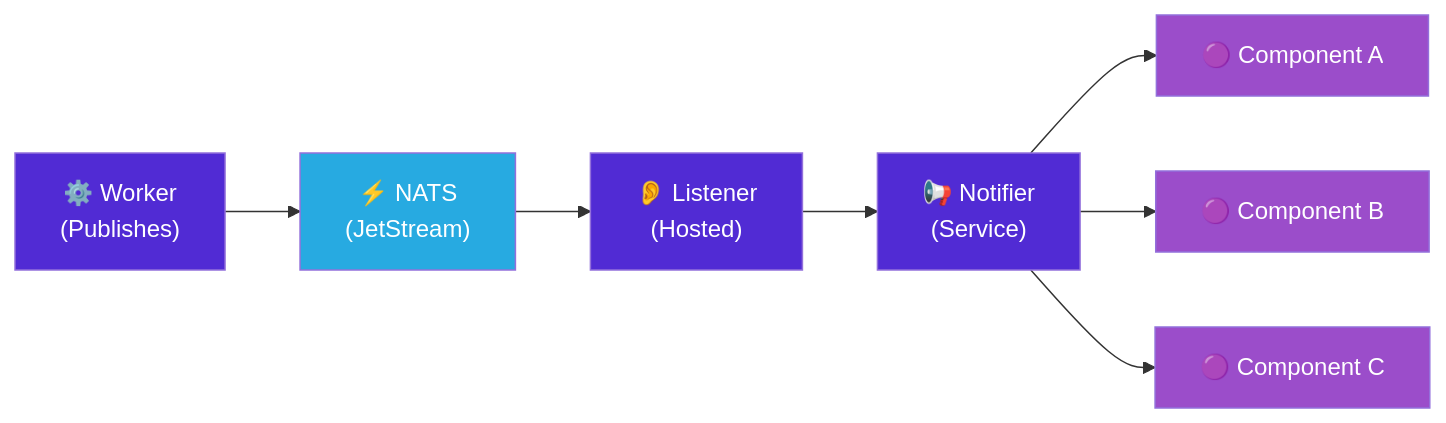
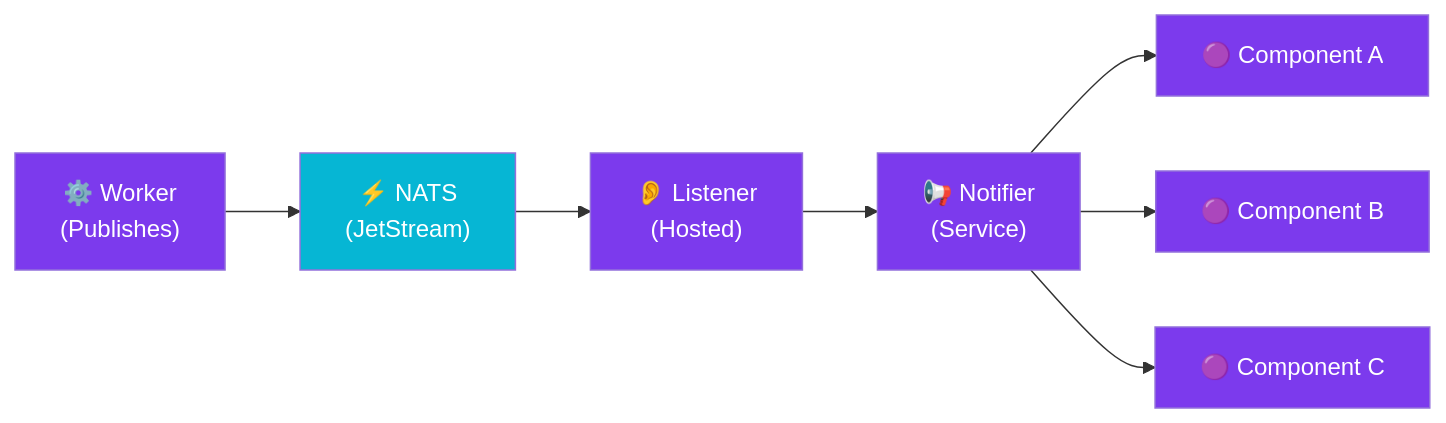
Before and after one commit to viktorrobin/bluerobin-blog: the diagram in src/content/blog/blazor-real-time-nats-updates.mdx, drawn with Mermaid. The commit also changed other lines of this file and 127 other files, not shown here.

````diff
--- a/src/content/blog/blazor-real-time-nats-updates.mdx
+++ b/src/content/blog/blazor-real-time-nats-updates.mdx
@@ -47,17 +47,17 @@
 ```mermaid
 flowchart LR
     Worker["⚙️ Worker\n(Publishes)"] --> NATS["⚡ NATS\n(JetStream)"]
     NATS --> Listener["👂 Listener\n(Hosted)"]
     Listener --> Notifier["📢 Notifier\n(Service)"]
     Notifier --> CompA["🟣 Component A"]
     Notifier --> CompB["🟣 Component B"]
     Notifier --> CompC["🟣 Component C"]
 
-    style Worker fill:#512bd4,color:#fff
-    style NATS fill:#27aae1,color:#fff
-    style Listener fill:#512bd4,color:#fff
-    style Notifier fill:#512bd4,color:#fff
-    style CompA fill:#9b4dca,color:#fff
-    style CompB fill:#9b4dca,color:#fff
-    style CompC fill:#9b4dca,color:#fff
+    classDef primary fill:#7c3aed,color:#fff
+    classDef secondary fill:#06b6d4,color:#fff
+    classDef db fill:#f43f5e,color:#fff
+    classDef warning fill:#fbbf24,color:#000
+
+    class Worker,Listener,Notifier,CompA,CompB,CompC primary
+    class NATS secondary
 ```
````
